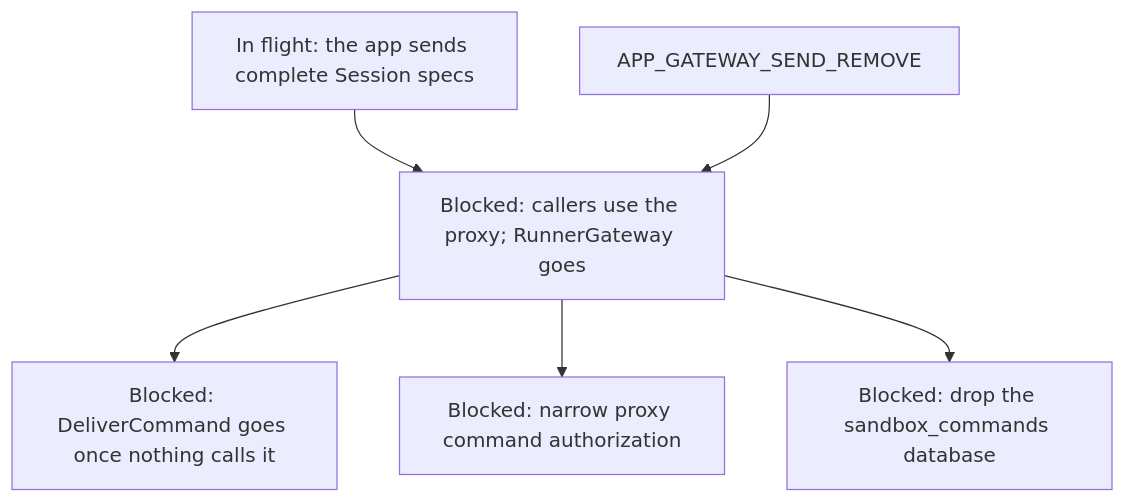
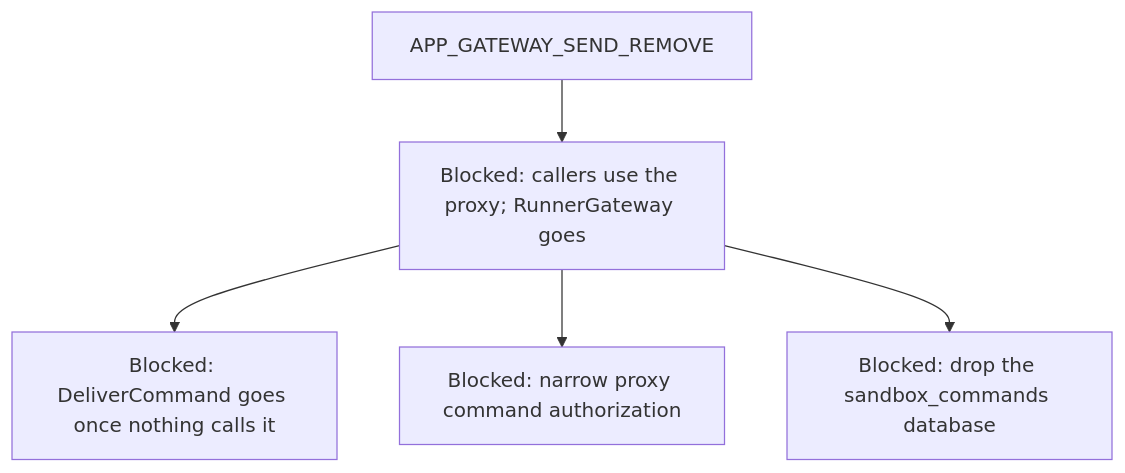
One commit to agentydragon-agent/ducktape changed diagram 15 of 15 in agentplane/plans/task_dag.md. Above: the diagram before and after it, drawn with Mermaid. The commit also changed other lines of this file and 1 other file, not shown here.

````diff
--- a/agentplane/plans/task_dag.md
+++ b/agentplane/plans/task_dag.md
@@ -1287,13 +1256,11 @@
 ```mermaid
 flowchart TD
-    APP_SESSION_DEFAULTS[In flight: the app sends complete Session specs]
     RUNNER_COMMAND_RPCS[Blocked: DeliverCommand goes once nothing calls it]
     GATEWAY_WRAPPER_RETIRE --> RUNNER_COMMAND_RPCS
     GATEWAY_WRAPPER_RETIRE[Blocked: callers use the proxy; RunnerGateway goes]
     GATEWAY_DATABASE_DROP[Blocked: drop the sandbox_commands database]
-    APP_SESSION_DEFAULTS --> GATEWAY_WRAPPER_RETIRE
     APP_GATEWAY_SEND_REMOVE --> GATEWAY_WRAPPER_RETIRE
     PROXY_START_METHODS_DISPATCHER_ONLY[Blocked: narrow proxy command authorization]
     GATEWAY_WRAPPER_RETIRE --> PROXY_START_METHODS_DISPATCHER_ONLY
     GATEWAY_WRAPPER_RETIRE --> GATEWAY_DATABASE_DROP
 ```
````
